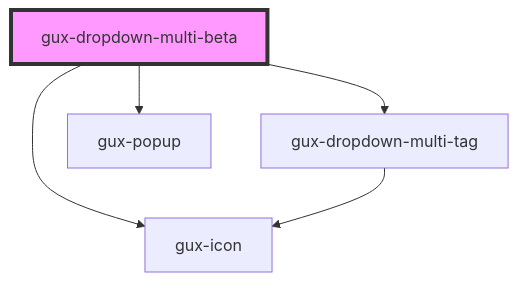
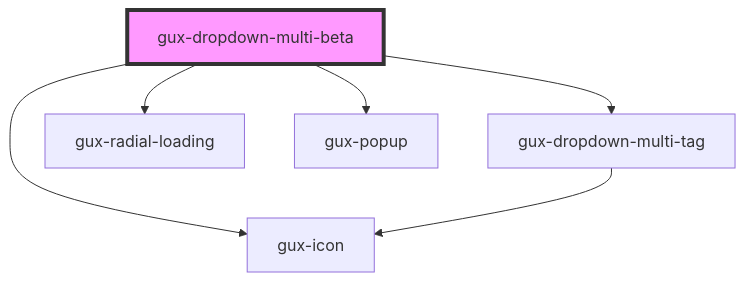
One commit to MyPureCloud/genesys-spark changed the diagram in src/components/beta/gux-dropdown-multi/readme.md. Above: the diagram before and after it, drawn with Mermaid. The commit also changed other lines of this file and 20 other files, not shown here.

First line of the commit message:
feat(dropdown): added loading state

````diff
--- a/src/components/beta/gux-dropdown-multi/readme.md
+++ b/src/components/beta/gux-dropdown-multi/readme.md
@@ -56,8 +59,9 @@
 ```mermaid
 graph TD;
   gux-dropdown-multi-beta --> gux-dropdown-multi-tag
   gux-dropdown-multi-beta --> gux-icon
+  gux-dropdown-multi-beta --> gux-radial-loading
   gux-dropdown-multi-beta --> gux-popup
   gux-dropdown-multi-tag --> gux-icon
   style gux-dropdown-multi-beta fill:#f9f,stroke:#333,stroke-width:4px
 ```
````
